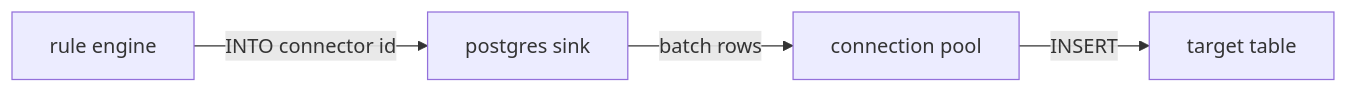
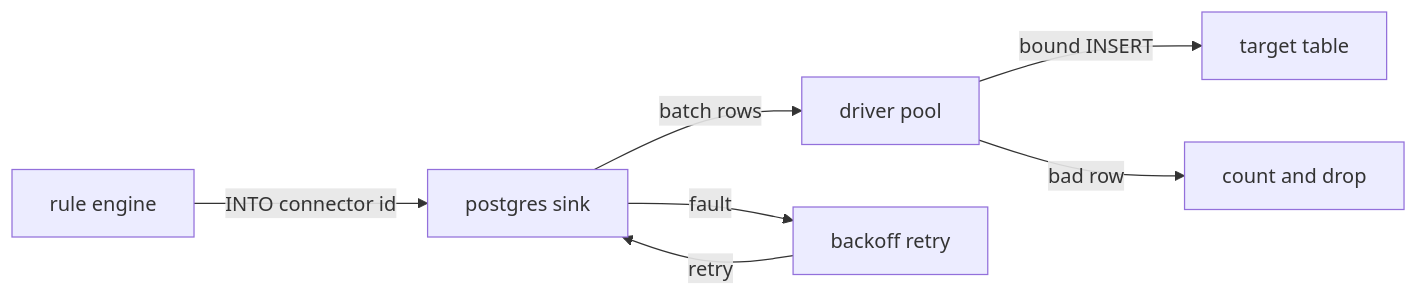
The diagram in docs/connectors/postgres.md (Indus-Stack/indramqtt), drawn with Mermaid before and after one commit. The commit also changed other lines of this file and 3 other files, not shown here.

````diff
--- a/docs/connectors/postgres.md
+++ b/docs/connectors/postgres.md
@@ -14,6 +14,9 @@
 ```mermaid
 flowchart LR
     Rule["rule engine"] -- "INTO connector id" --> Sink["postgres sink"]
-    Sink -- "batch rows" --> Pool["connection pool"]
-    Pool -- "INSERT" --> Tbl["target table"]
+    Sink -- "batch rows" --> Pool["driver pool"]
+    Pool -- "bound INSERT" --> Tbl["target table"]
+    Pool -- "bad row" --> Drop["count and drop"]
+    Sink -- "fault" --> Back["backoff retry"]
+    Back -- "retry" --> Sink
 ```
````
